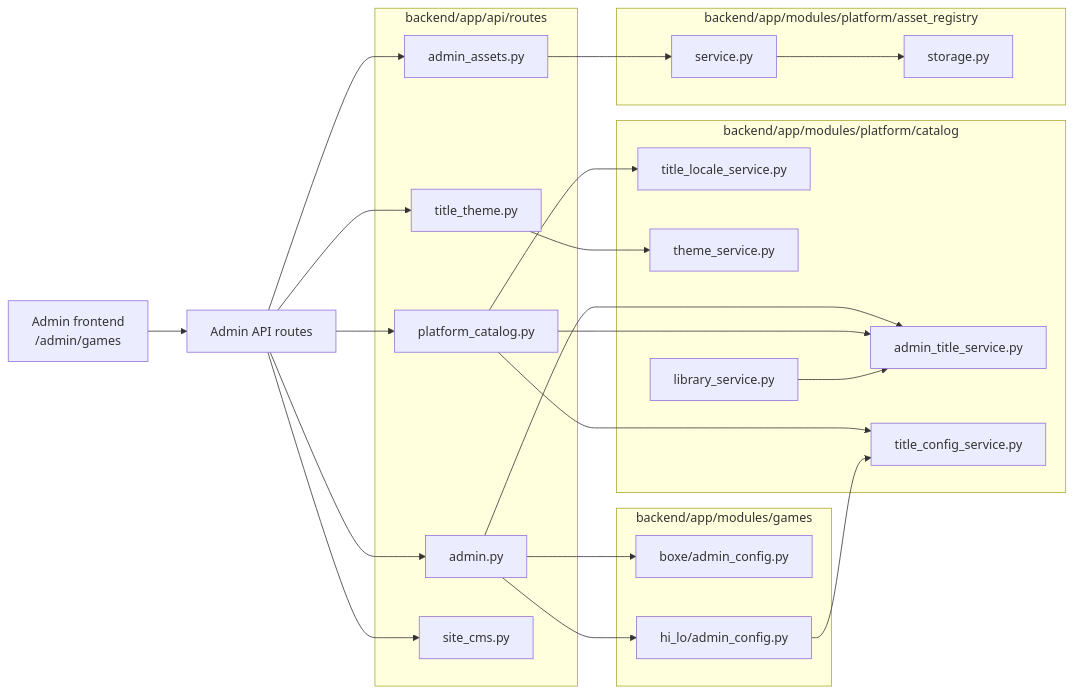
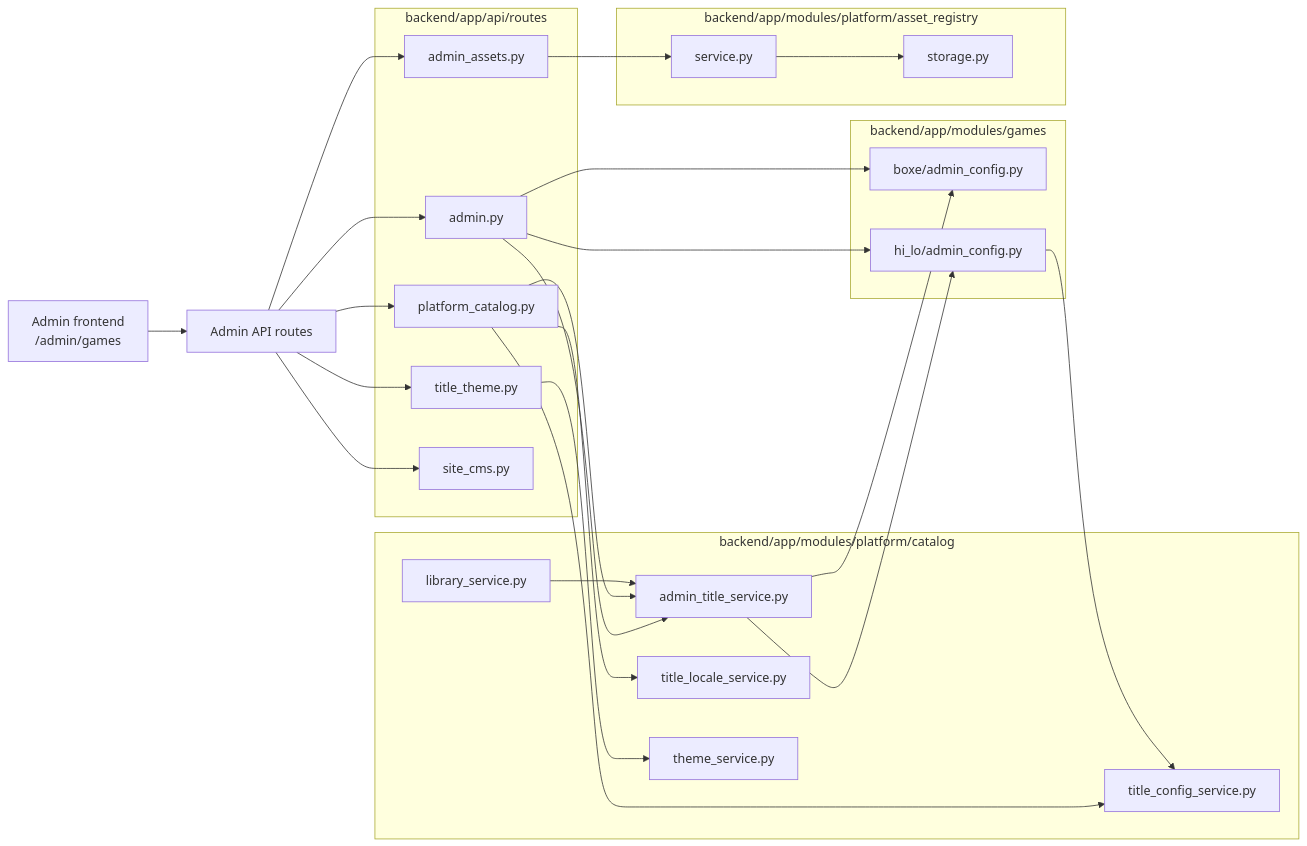
The sixth of 11 diagrams in docs/CODE_ARCHITECTURE_MERMAID_MAP_2026-05-22.md (moromike/casinoking-platform), drawn with Mermaid before and after one commit. The commit also changed 10 other files, not shown here.

````diff
--- a/docs/CODE_ARCHITECTURE_MERMAID_MAP_2026-05-22.md
+++ b/docs/CODE_ARCHITECTURE_MERMAID_MAP_2026-05-22.md
@@ -357,48 +357,50 @@
 ```mermaid
 flowchart LR
   AdminFE["Admin frontend<br/>/admin/games"] --> AdminAPI["Admin API routes"]
 
   subgraph Routes["backend/app/api/routes"]
     AdminRoutes["admin.py"]
     AdminAssets["admin_assets.py"]
     CatalogRoutes["platform_catalog.py"]
     ThemeRoutes["title_theme.py"]
     SiteCMSRoutes["site_cms.py"]
   end
 
   subgraph CatalogServices["backend/app/modules/platform/catalog"]
     AdminTitle["admin_title_service.py"]
     TitleConfig["title_config_service.py"]
     TitleLocale["title_locale_service.py"]
     ThemeService["theme_service.py"]
     Library["library_service.py"]
   end
 
   subgraph GameAdminConfig["backend/app/modules/games"]
     BoxeAdminConfig["boxe/admin_config.py"]
     HiLoAdminConfig["hi_lo/admin_config.py"]
   end
 
   subgraph AssetServices["backend/app/modules/platform/asset_registry"]
     AssetService["service.py"]
     AssetStorage["storage.py"]
   end
 
   AdminAPI --> AdminRoutes
   AdminAPI --> AdminAssets
   AdminAPI --> CatalogRoutes
   AdminAPI --> ThemeRoutes
   AdminAPI --> SiteCMSRoutes
 
   AdminRoutes --> AdminTitle
   AdminRoutes --> BoxeAdminConfig
   AdminRoutes --> HiLoAdminConfig
+  AdminTitle --> BoxeAdminConfig
+  AdminTitle --> HiLoAdminConfig
   CatalogRoutes --> AdminTitle
   CatalogRoutes --> TitleConfig
   CatalogRoutes --> TitleLocale
   ThemeRoutes --> ThemeService
   AdminAssets --> AssetService
   AssetService --> AssetStorage
   Library --> AdminTitle
   HiLoAdminConfig --> TitleConfig
 ```
````
